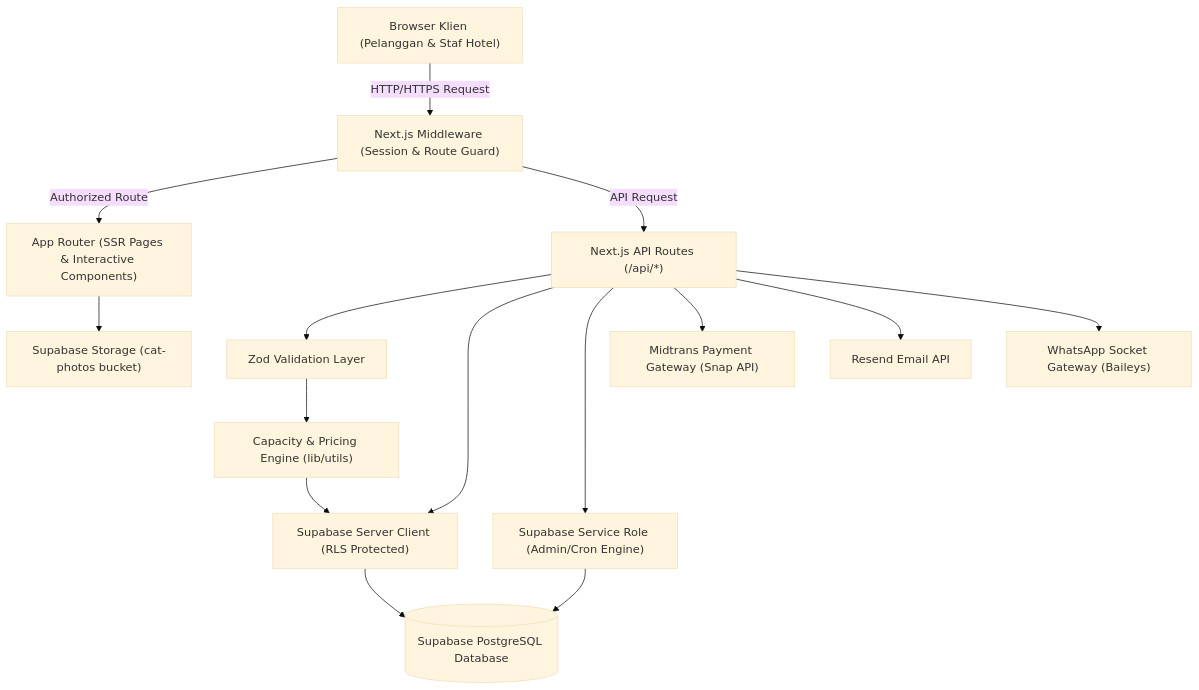
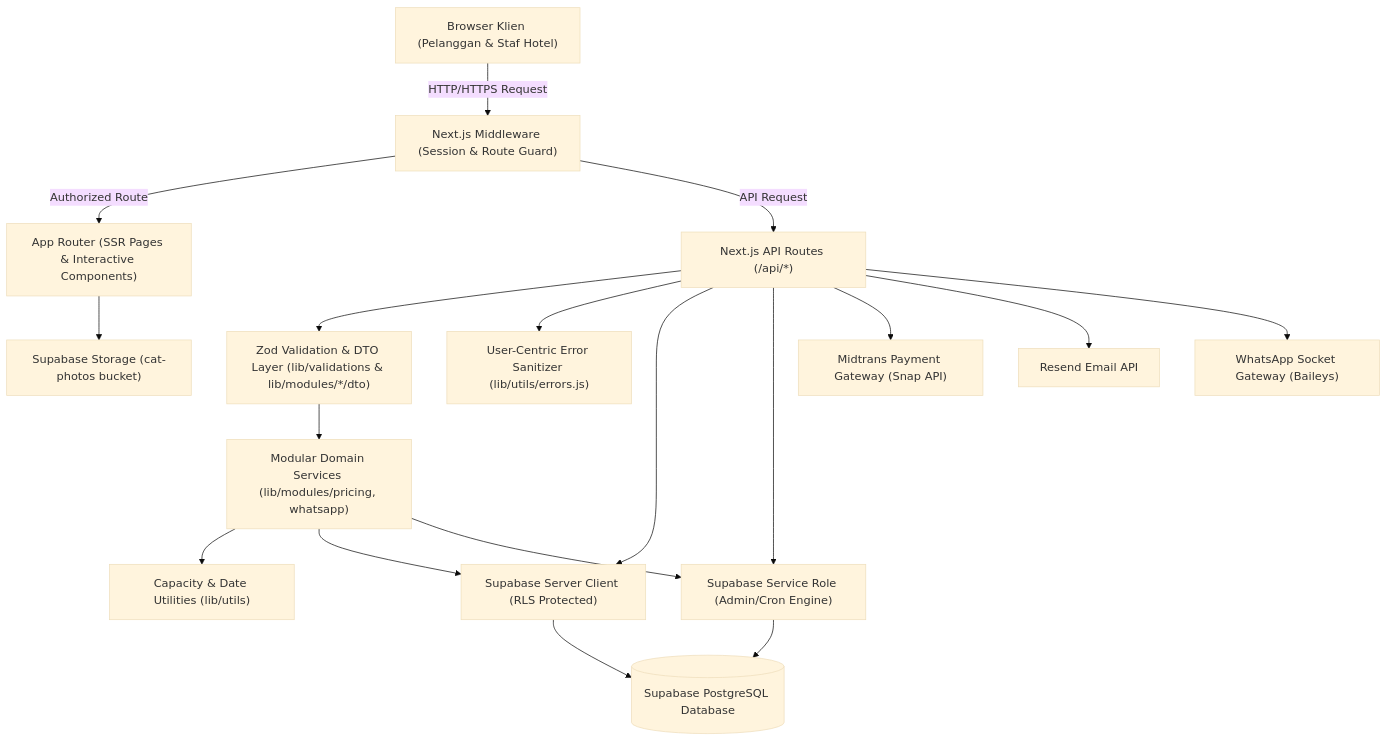
One commit to 2Hafast8/NekoStay changed the first of 6 diagrams in docs/SYSTEM_WALKTHROUGH.md. Above: the diagram before and after it, drawn with Mermaid (base theme). The commit also changed other lines of this file and 36 other files, not shown here.

Commit message:
feat: implement user-centric error sanitizer, update all project documentation, and expand test suite to 141 tests

````diff
--- a/docs/SYSTEM_WALKTHROUGH.md
+++ b/docs/SYSTEM_WALKTHROUGH.md
@@ -83,31 +87,36 @@
 ```mermaid
 graph TD
     Client["Browser Klien (Pelanggan & Staf Hotel)"]
     MW["Next.js Middleware (Session & Route Guard)"]
     AppRouter["App Router (SSR Pages & Interactive Components)"]
     APIRoutes["Next.js API Routes (/api/*)"]
-    Zod["Zod Validation Layer"]
-    CapUtil["Capacity & Pricing Engine (lib/utils)"]
+    Zod["Zod Validation & DTO Layer (lib/validations & lib/modules/*/dto)"]
+    DomainServices["Modular Domain Services (lib/modules/pricing, whatsapp)"]
+    CapUtil["Capacity & Date Utilities (lib/utils)"]
+    ErrorSanitizer["User-Centric Error Sanitizer (lib/utils/errors.js)"]
     SupaClient["Supabase Server Client (RLS Protected)"]
     SupaAdmin["Supabase Service Role (Admin/Cron Engine)"]
     PostgreSQL[("Supabase PostgreSQL Database")]
     SupaStorage["Supabase Storage (cat-photos bucket)"]
     Midtrans["Midtrans Payment Gateway (Snap API)"]
     Resend["Resend Email API"]
     Baileys["WhatsApp Socket Gateway (Baileys)"]
 
     Client -->|HTTP/HTTPS Request| MW
     MW -->|Authorized Route| AppRouter
     MW -->|API Request| APIRoutes
     APIRoutes --> Zod
-    Zod --> CapUtil
-    CapUtil --> SupaClient
+    APIRoutes --> ErrorSanitizer
+    Zod --> DomainServices
+    DomainServices --> CapUtil
+    DomainServices --> SupaClient
+    DomainServices --> SupaAdmin
     APIRoutes --> SupaClient
     APIRoutes --> SupaAdmin
     SupaClient --> PostgreSQL
     SupaAdmin --> PostgreSQL
     AppRouter --> SupaStorage
     APIRoutes --> Midtrans
     APIRoutes --> Resend
     APIRoutes --> Baileys
 ```
````
